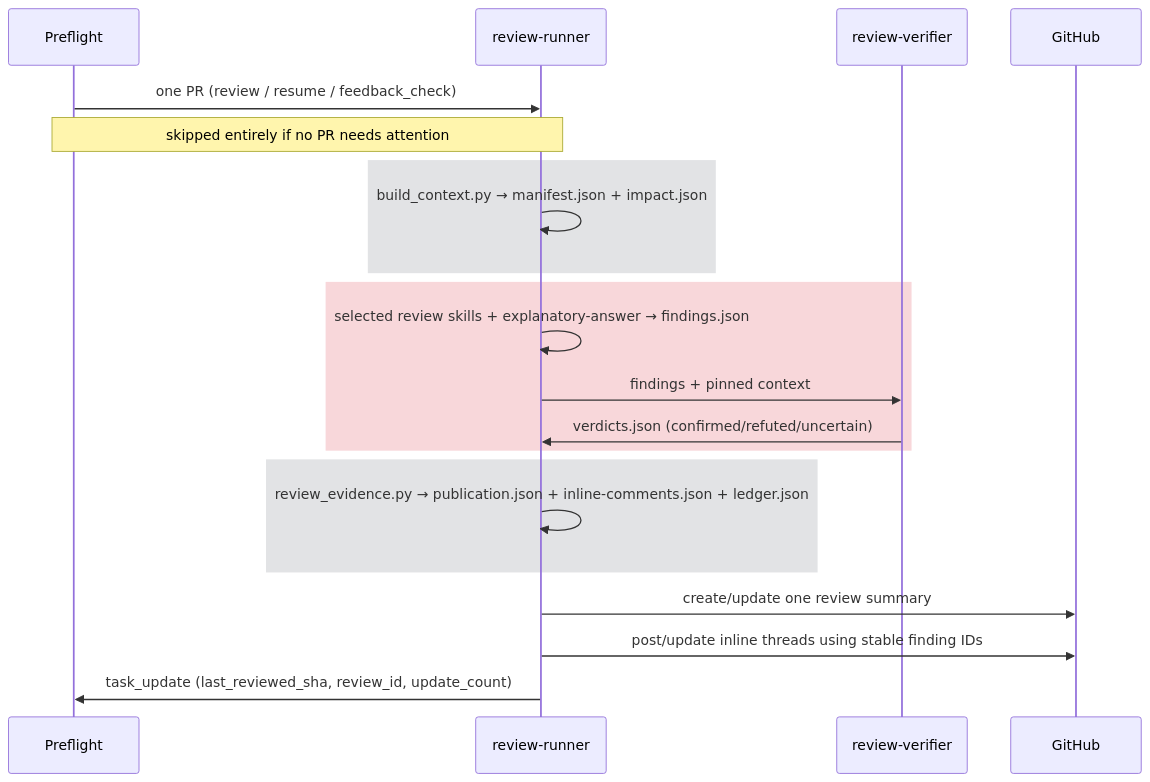
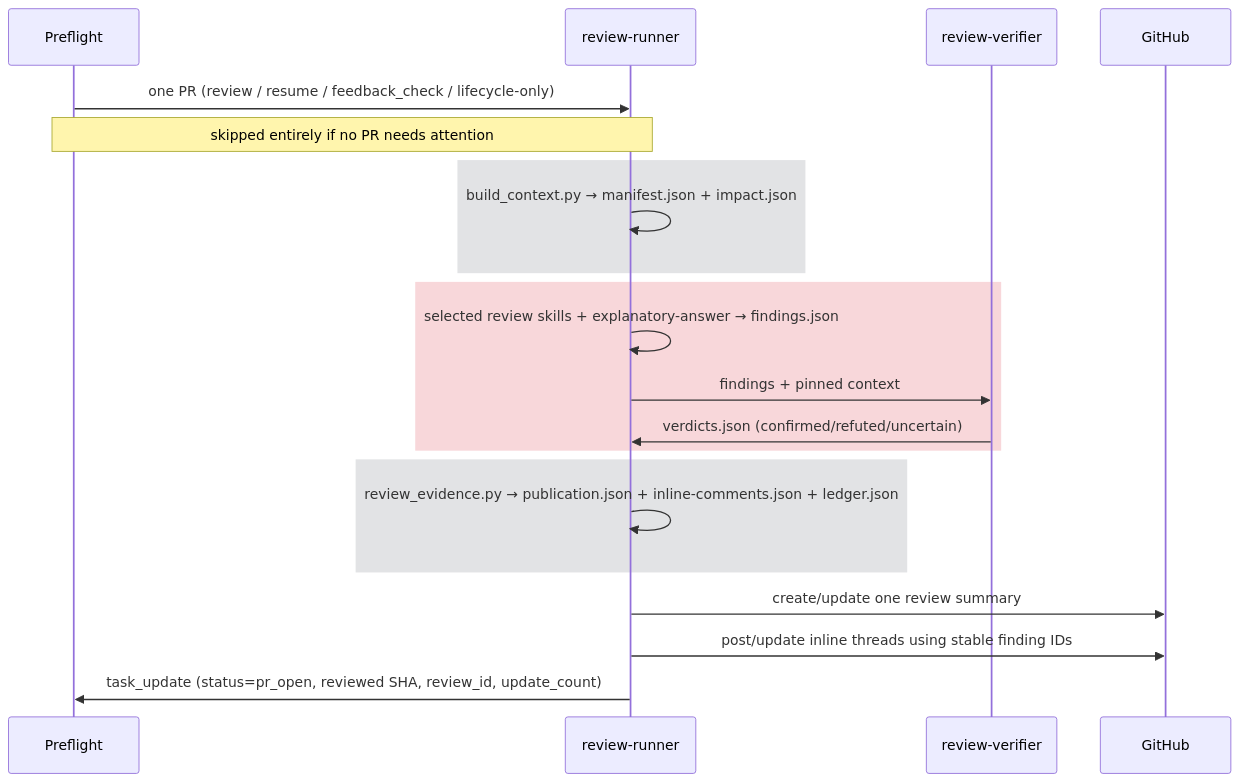
One commit to Hyperkid123/fabric-access-ai-dev changed the fourth of 4 diagrams in instance/rbac-config-review/agent/workflows/review-only/WORKFLOW.md. Above: the diagram before and after it, drawn with Mermaid. The commit also changed other lines of this file and 3 other files, not shown here.

Commit message:
fix(review): keep tasks open until merge

````diff
--- a/instance/rbac-config-review/agent/workflows/review-only/WORKFLOW.md
+++ b/instance/rbac-config-review/agent/workflows/review-only/WORKFLOW.md
@@ -244,24 +251,24 @@
 ```mermaid
 sequenceDiagram
     participant Q as Preflight
     participant R as review-runner
     participant V as review-verifier
     participant GH as GitHub
 
-    Q->>R: one PR (review / resume / feedback_check)
+    Q->>R: one PR (review / resume / feedback_check / lifecycle-only)
     Note over Q,R: skipped entirely if no PR needs attention
     rect rgb(226, 227, 229)
         R->>R: build_context.py → manifest.json + impact.json
     end
     rect rgb(248, 215, 218)
         R->>R: selected review skills + explanatory-answer → findings.json
         R->>V: findings + pinned context
         V->>R: verdicts.json (confirmed/refuted/uncertain)
     end
     rect rgb(226, 227, 229)
         R->>R: review_evidence.py → publication.json + inline-comments.json + ledger.json
     end
     R->>GH: create/update one review summary
     R->>GH: post/update inline threads using stable finding IDs
-    R->>Q: task_update (last_reviewed_sha, review_id, update_count)
+    R->>Q: task_update (status=pr_open, reviewed SHA, review_id, update_count)
 ```
````
